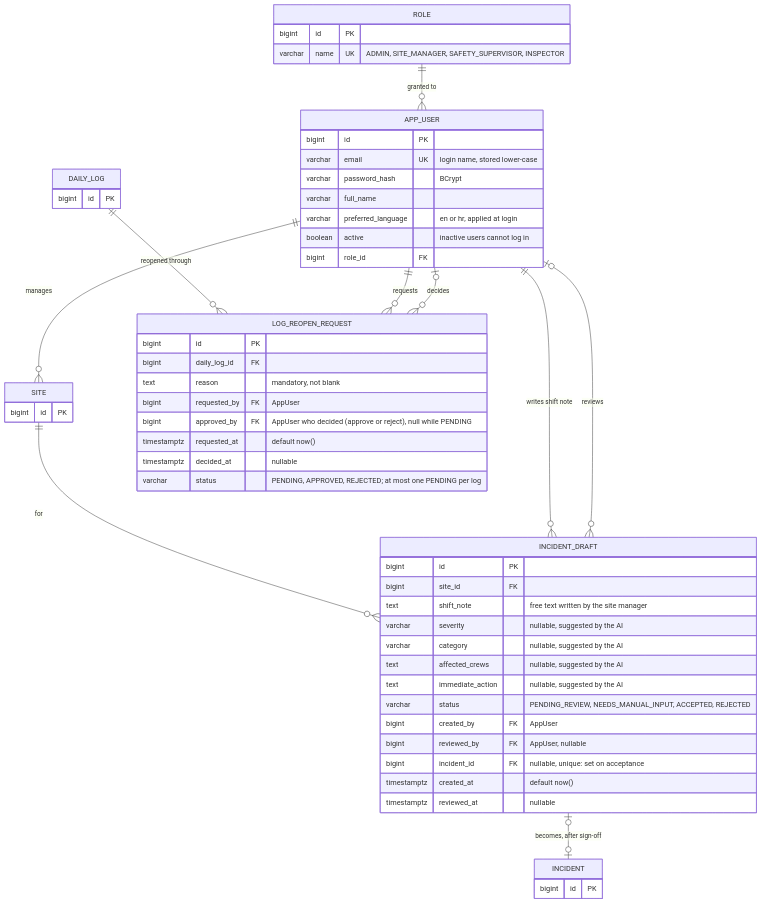
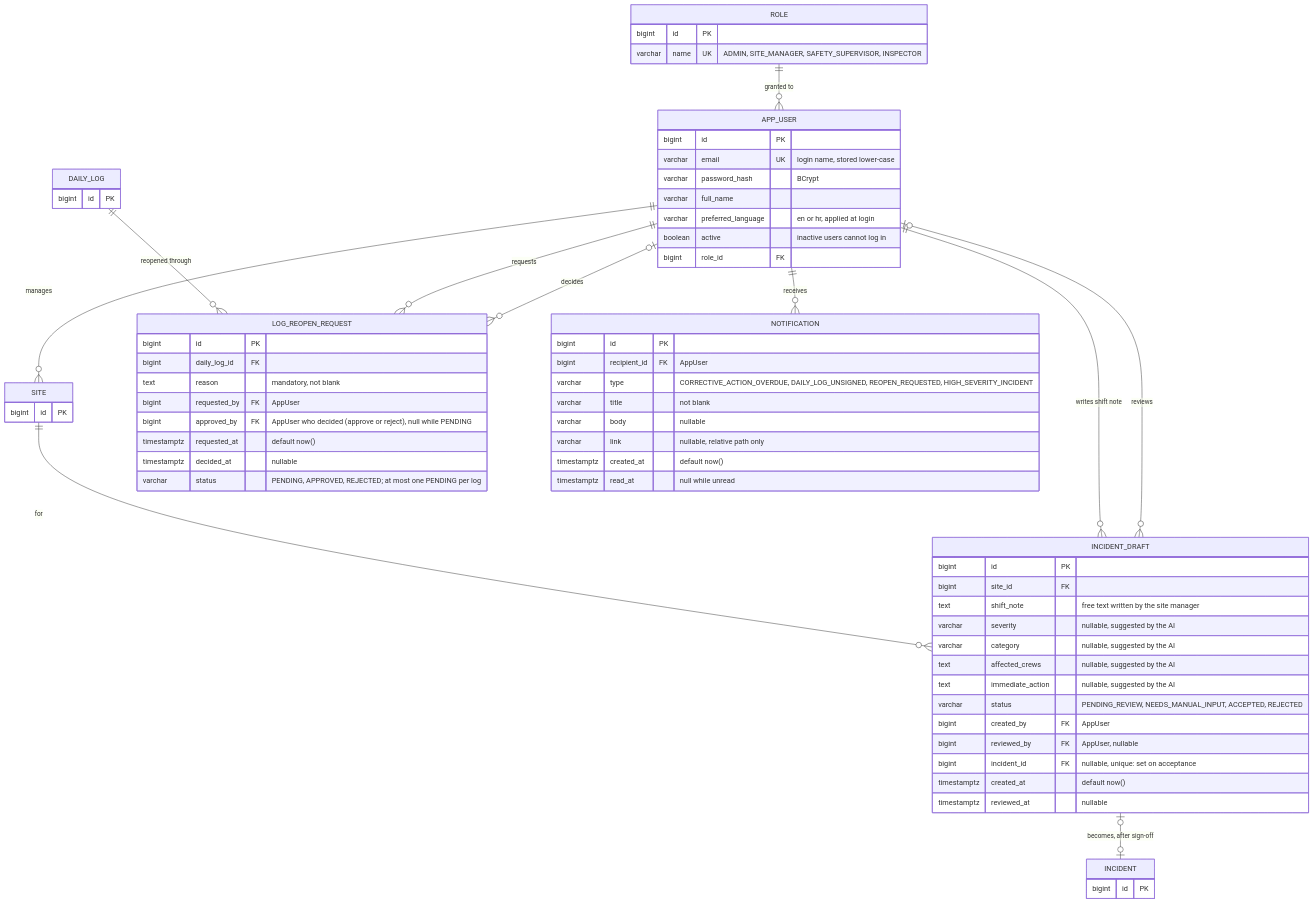
Before and after one commit to ceciliagalvaoo/SiteLog: the second of 5 diagrams in docs/architecture/domain-model.md, drawn with Mermaid. The commit also changed other lines of this file and 7 other files, not shown here.

Commit message:
docs: Figma frame to template mapping and M2 architecture update

````diff
--- a/docs/architecture/domain-model.md
+++ b/docs/architecture/domain-model.md
@@ -139,60 +151,71 @@
 ```mermaid
 erDiagram
     ROLE ||--o{ APP_USER : "granted to"
     APP_USER ||--o{ SITE : "manages"
     DAILY_LOG ||--o{ LOG_REOPEN_REQUEST : "reopened through"
     APP_USER ||--o{ LOG_REOPEN_REQUEST : "requests"
     APP_USER |o--o{ LOG_REOPEN_REQUEST : "decides"
     SITE ||--o{ INCIDENT_DRAFT : "for"
     APP_USER ||--o{ INCIDENT_DRAFT : "writes shift note"
     APP_USER |o--o{ INCIDENT_DRAFT : "reviews"
     INCIDENT_DRAFT |o--o| INCIDENT : "becomes, after sign-off"
+    APP_USER ||--o{ NOTIFICATION : "receives"
 
     ROLE {
         bigint id PK
         varchar name UK "ADMIN, SITE_MANAGER, SAFETY_SUPERVISOR, INSPECTOR"
     }
     APP_USER {
         bigint id PK
         varchar email UK "login name, stored lower-case"
         varchar password_hash "BCrypt"
         varchar full_name
         varchar preferred_language "en or hr, applied at login"
         boolean active "inactive users cannot log in"
         bigint role_id FK
     }
     LOG_REOPEN_REQUEST {
         bigint id PK
         bigint daily_log_id FK
         text reason "mandatory, not blank"
         bigint requested_by FK "AppUser"
         bigint approved_by FK "AppUser who decided (approve or reject), null while PENDING"
         timestamptz requested_at "default now()"
         timestamptz decided_at "nullable"
         varchar status "PENDING, APPROVED, REJECTED; at most one PENDING per log"
     }
     INCIDENT_DRAFT {
         bigint id PK
         bigint site_id FK
         text shift_note "free text written by the site manager"
         varchar severity "nullable, suggested by the AI"
         varchar category "nullable, suggested by the AI"
         text affected_crews "nullable, suggested by the AI"
         text immediate_action "nullable, suggested by the AI"
         varchar status "PENDING_REVIEW, NEEDS_MANUAL_INPUT, ACCEPTED, REJECTED"
         bigint created_by FK "AppUser"
         bigint reviewed_by FK "AppUser, nullable"
         bigint incident_id FK "nullable, unique: set on acceptance"
         timestamptz created_at "default now()"
         timestamptz reviewed_at "nullable"
     }
+    NOTIFICATION {
+        bigint id PK
+        bigint recipient_id FK "AppUser"
+        varchar type "CORRECTIVE_ACTION_OVERDUE, DAILY_LOG_UNSIGNED, REOPEN_REQUESTED, HIGH_SEVERITY_INCIDENT"
+        varchar title "not blank"
+        varchar body "nullable"
+        varchar link "nullable, relative path only"
+        timestamptz created_at "default now()"
+        timestamptz read_at "null while unread"
+    }
     SITE {
         bigint id PK
     }
     DAILY_LOG {
         bigint id PK
     }
     INCIDENT {
         bigint id PK
     }
 ```
````
